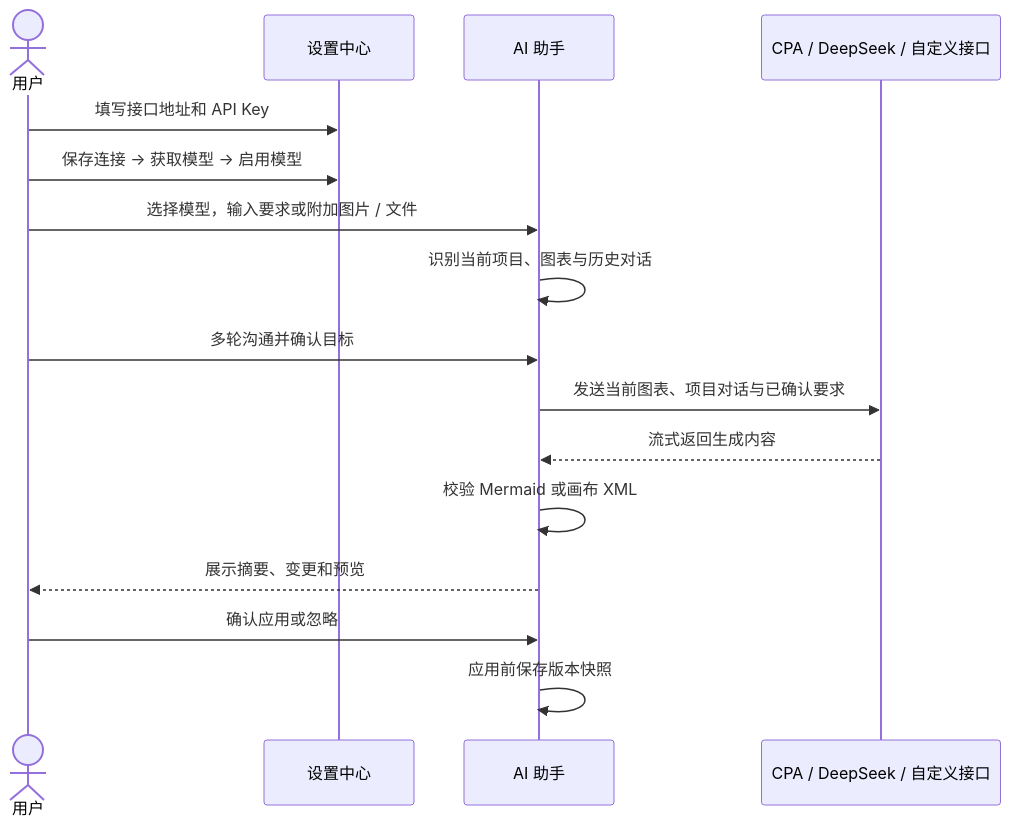
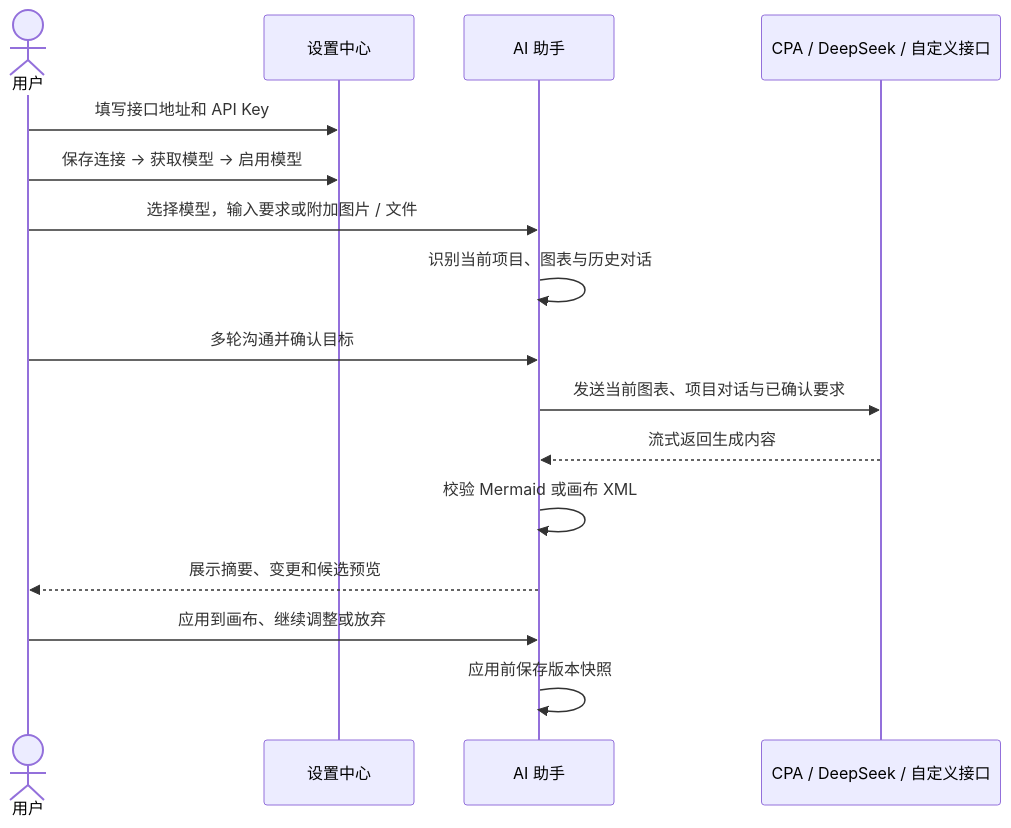
The third of 4 diagrams in README.md (Fengsha5201314/Codebuddy_001_mermaid-markmap), drawn with Mermaid before and after one commit. The commit also changed other lines of this file and 11 other files, not shown here.

````diff
--- a/README.md
+++ b/README.md
@@ -74,18 +74,18 @@
 ```mermaid
 sequenceDiagram
     actor U as 用户
     participant S as 设置中心
     participant A as AI 助手
     participant P as CPA / DeepSeek / 自定义接口
     U->>S: 填写接口地址和 API Key
     U->>S: 保存连接 → 获取模型 → 启用模型
     U->>A: 选择模型，输入要求或附加图片 / 文件
     A->>A: 识别当前项目、图表与历史对话
     U->>A: 多轮沟通并确认目标
     A->>P: 发送当前图表、项目对话与已确认要求
     P-->>A: 流式返回生成内容
     A->>A: 校验 Mermaid 或画布 XML
-    A-->>U: 展示摘要、变更和预览
-    U->>A: 确认应用或忽略
+    A-->>U: 展示摘要、变更和候选预览
+    U->>A: 应用到画布、继续调整或放弃
     A->>A: 应用前保存版本快照
 ```
````
